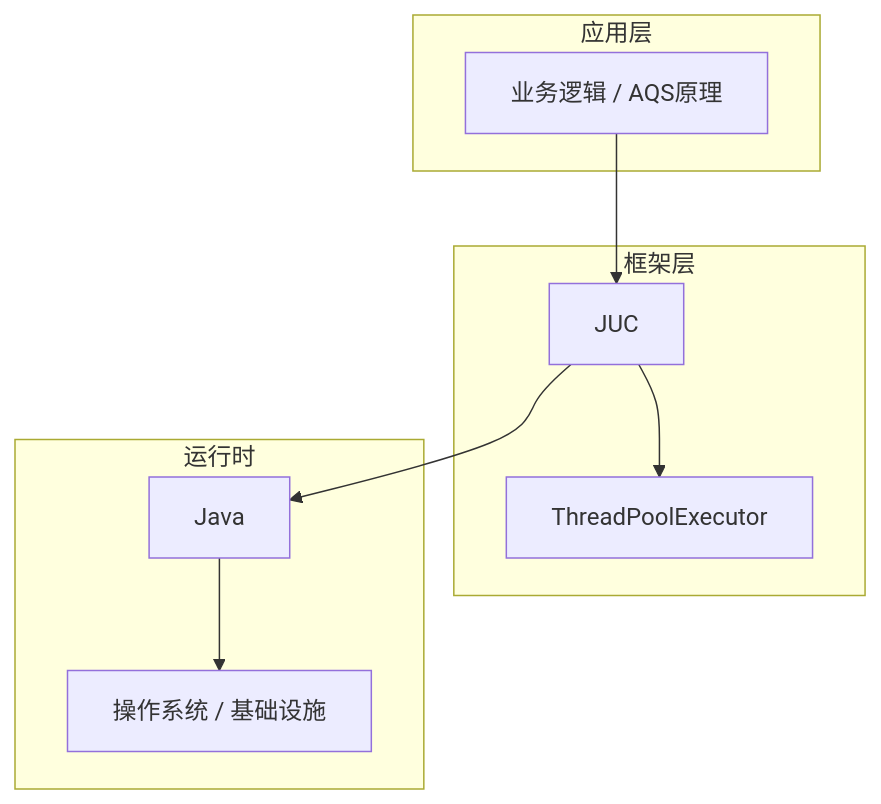
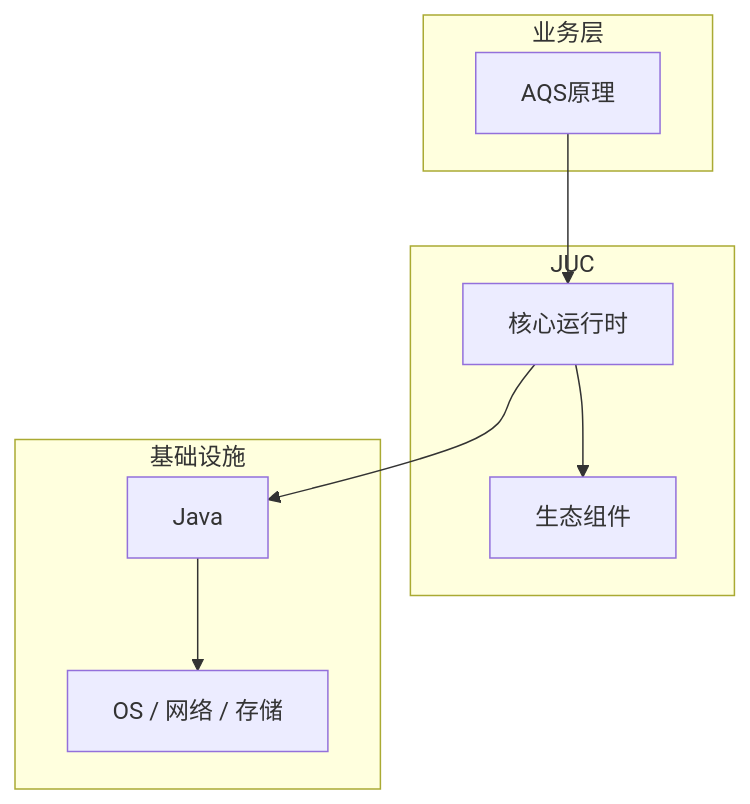
The diagram in articles/Java并发/chapters/049-AQS原理核心概念与原理.md (yanggan2015/knowledge-json-v2), drawn with Mermaid before and after one commit. The commit also changed other lines of this file and 10127 other files, not shown here.

````diff
--- a/articles/Java并发/chapters/049-AQS原理核心概念与原理.md
+++ b/articles/Java并发/chapters/049-AQS原理核心概念与原理.md
@@ -45,18 +34,18 @@
 ```mermaid
 graph TB
-    subgraph 应用层
-        A[业务逻辑 / AQS原理]
+    subgraph 业务层
+        A[AQS原理]
     end
-    subgraph 框架层
-        B[JUC]
-        C[ThreadPoolExecutor]
+    subgraph JUC
+        B[核心运行时]
+        C[生态组件]
     end
-    subgraph 运行时
+    subgraph 基础设施
         D[Java]
-        E[操作系统 / 基础设施]
+        E[OS / 网络 / 存储]
     end
     A --> B
     B --> C
     B --> D
     D --> E
 ```
````
